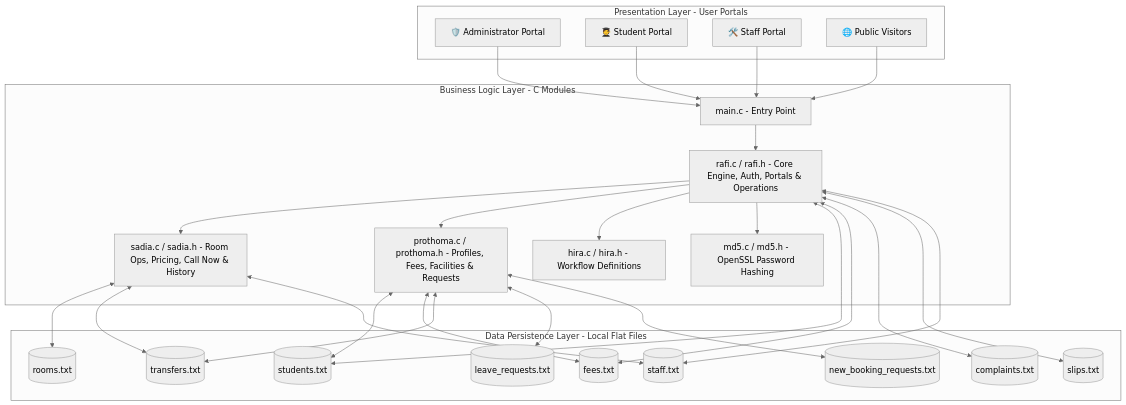
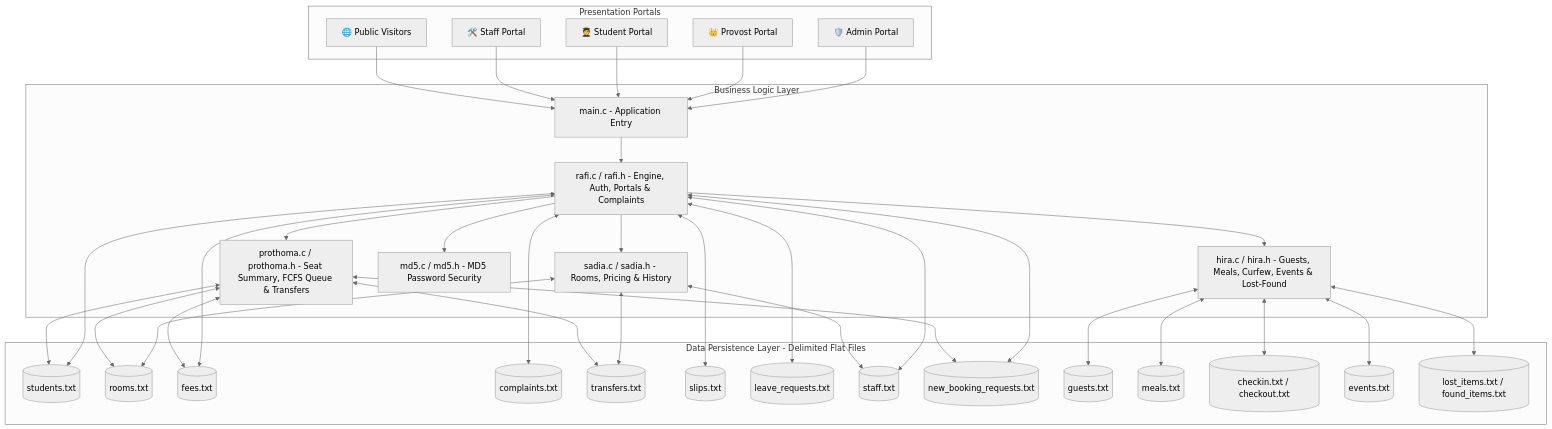
Before and after one commit to Null-Spectra/Capstone_Project_4th_Semester: the first of 2 diagrams in README.md, drawn with Mermaid (neutral theme). The commit also changed other lines of this file and 1 other file, not shown here.

````diff
--- a/README.md
+++ b/README.md
@@ -56,38 +92,45 @@
 ```mermaid
 graph TD
-    subgraph Presentation Layer - User Portals
-        U1[🛡️ Administrator Portal]
-        U2[🧑‍🎓 Student Portal]
-        U3[🛠️ Staff Portal]
-        U4[🌐 Public Visitors]
+    subgraph Presentation Portals
+        P1[🛡️ Admin Portal]
+        P2[👑 Provost Portal]
+        P3[🧑‍🎓 Student Portal]
+        P4[🛠️ Staff Portal]
+        P5[🌐 Public Visitors]
     end
 
-    subgraph Business Logic Layer - C Modules
-        MAIN[main.c - Entry Point]
-        RAFI[rafi.c / rafi.h - Core Engine, Auth, Portals & Operations]
-        SADIA[sadia.c / sadia.h - Room Ops, Pricing, Call Now & History]
-        PROTHOMA[prothoma.c / prothoma.h - Profiles, Fees, Facilities & Requests]
-        HIRA[hira.c / hira.h - Workflow Definitions]
-        MD5[md5.c / md5.h - OpenSSL Password Hashing]
+    subgraph Business Logic Layer
+        MAIN[main.c - Application Entry]
+        RAFI[rafi.c / rafi.h - Engine, Auth, Portals & Complaints]
+        SADIA[sadia.c / sadia.h - Rooms, Pricing & History]
+        PROTHOMA[prothoma.c / prothoma.h - Seat Summary, FCFS Queue & Transfers]
+        HIRA[hira.c / hira.h - Guests, Meals, Curfew, Events & Lost-Found]
+        MD5[md5.c / md5.h - MD5 Password Security]
     end
 
-    subgraph Data Persistence Layer - Local Flat Files
-        DB1[(students.txt)]
-        DB2[(rooms.txt)]
-        DB3[(fees.txt)]
-        DB4[(complaints.txt)]
-        DB5[(transfers.txt)]
-        DB6[(slips.txt)]
-        DB7[(leave_requests.txt)]
-        DB8[(staff.txt)]
-        DB9[(new_booking_requests.txt)]
+    subgraph Data Persistence Layer - Delimited Flat Files
+        F1[(students.txt)]
+        F2[(rooms.txt)]
+        F3[(fees.txt)]
+        F4[(complaints.txt)]
+        F5[(transfers.txt)]
+        F6[(slips.txt)]
+        F7[(leave_requests.txt)]
+        F8[(staff.txt)]
+        F9[(new_booking_requests.txt)]
+        F10[(guests.txt)]
+        F11[(meals.txt)]
+        F12[(checkin.txt / checkout.txt)]
+        F13[(events.txt)]
+        F14[(lost_items.txt / found_items.txt)]
     end
 
-    U1 & U2 & U3 & U4 --> MAIN
+    P1 & P2 & P3 & P4 & P5 --> MAIN
     MAIN --> RAFI
     RAFI --> SADIA & PROTHOMA & HIRA & MD5
 
-    RAFI <--> DB1 & DB3 & DB4 & DB6 & DB8
-    SADIA <--> DB2 & DB5 & DB8
-    PROTHOMA <--> DB1 & DB3 & DB5 & DB7 & DB9
+    RAFI <--> F1 & F3 & F4 & F6 & F7 & F8 & F9
+    SADIA <--> F2 & F5 & F8
+    PROTHOMA <--> F1 & F2 & F3 & F5 & F9
+    HIRA <--> F10 & F11 & F12 & F13 & F14
 ```
````
